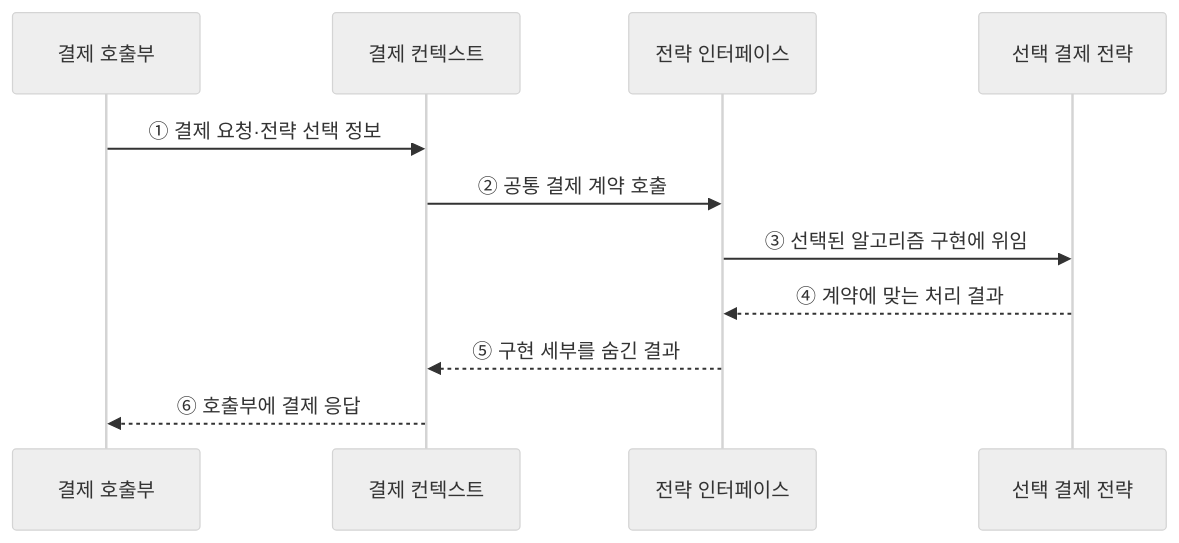
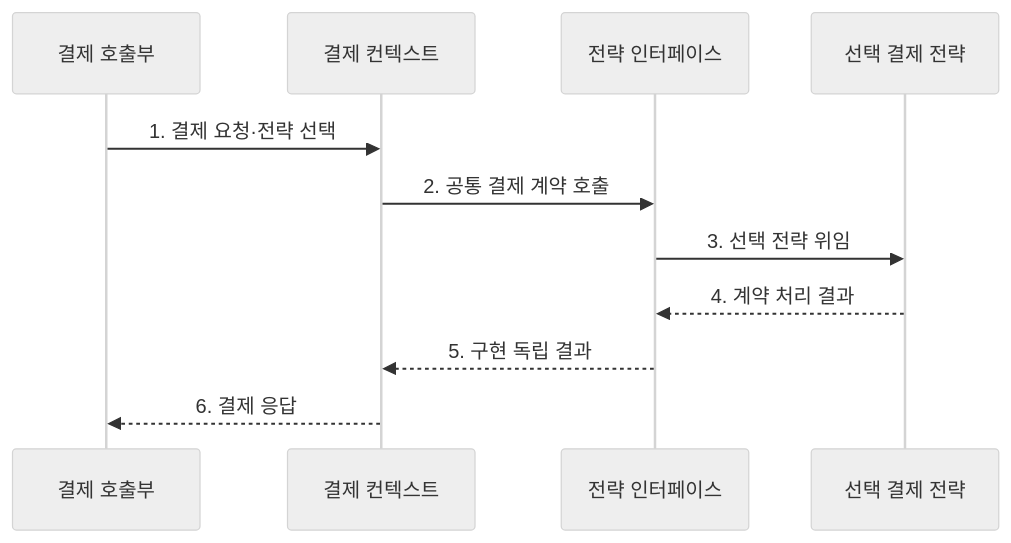
One commit to agnusdei1207/knowledge-base changed the second of 2 diagrams in src/content/docs/notes/03-software/047_design_patterns_gof.md. Above: the diagram before and after it, drawn with Mermaid (neutral theme). The commit also changed other lines of this file and 20 other files, not shown here.

````diff
--- a/src/content/docs/notes/03-software/047_design_patterns_gof.md
+++ b/src/content/docs/notes/03-software/047_design_patterns_gof.md
@@ -85,14 +82,14 @@
 ```mermaid
 sequenceDiagram
     participant C as 결제 호출부
     participant X as 결제 컨텍스트
     participant I as 전략 인터페이스
     participant S as 선택 결제 전략
 
-    C->>X: ① 결제 요청·전략 선택 정보
-    X->>I: ② 공통 결제 계약 호출
-    I->>S: ③ 선택된 알고리즘 구현에 위임
-    S-->>I: ④ 계약에 맞는 처리 결과
-    I-->>X: ⑤ 구현 세부를 숨긴 결과
-    X-->>C: ⑥ 호출부에 결제 응답
+    C->>X: 1. 결제 요청·전략 선택
+    X->>I: 2. 공통 결제 계약 호출
+    I->>S: 3. 선택 전략 위임
+    S-->>I: 4. 계약 처리 결과
+    I-->>X: 5. 구현 독립 결과
+    X-->>C: 6. 결제 응답
 ```
````
